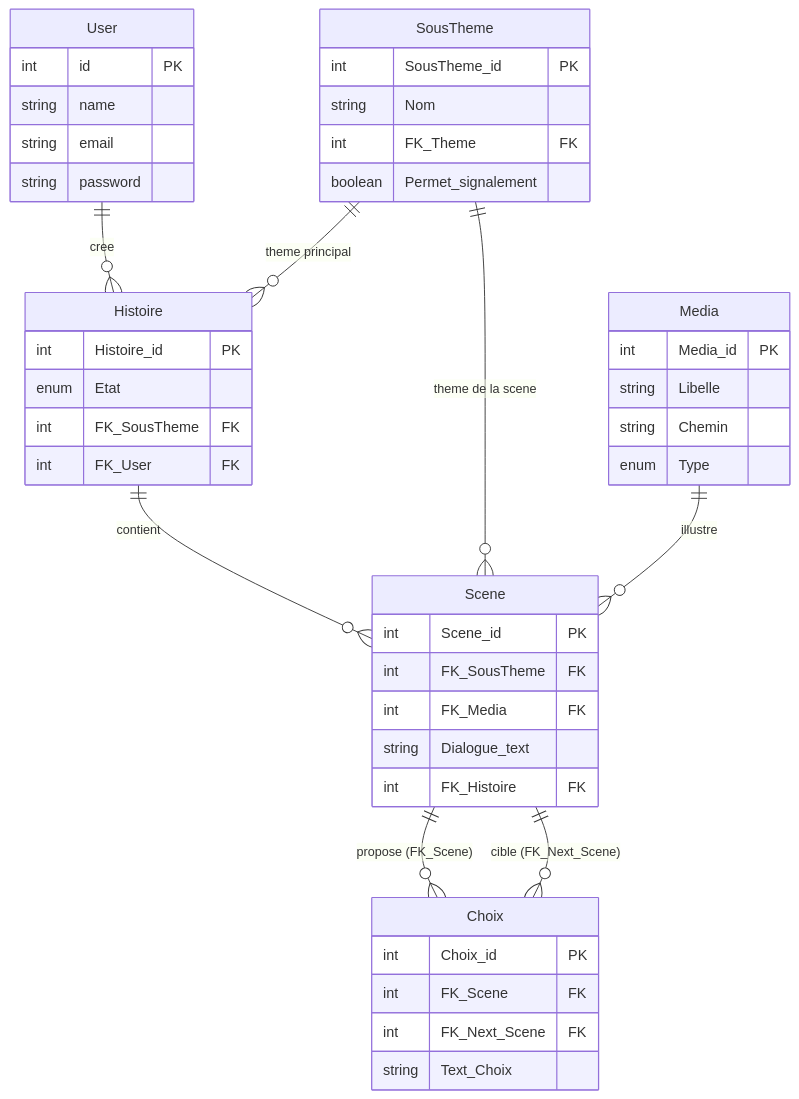
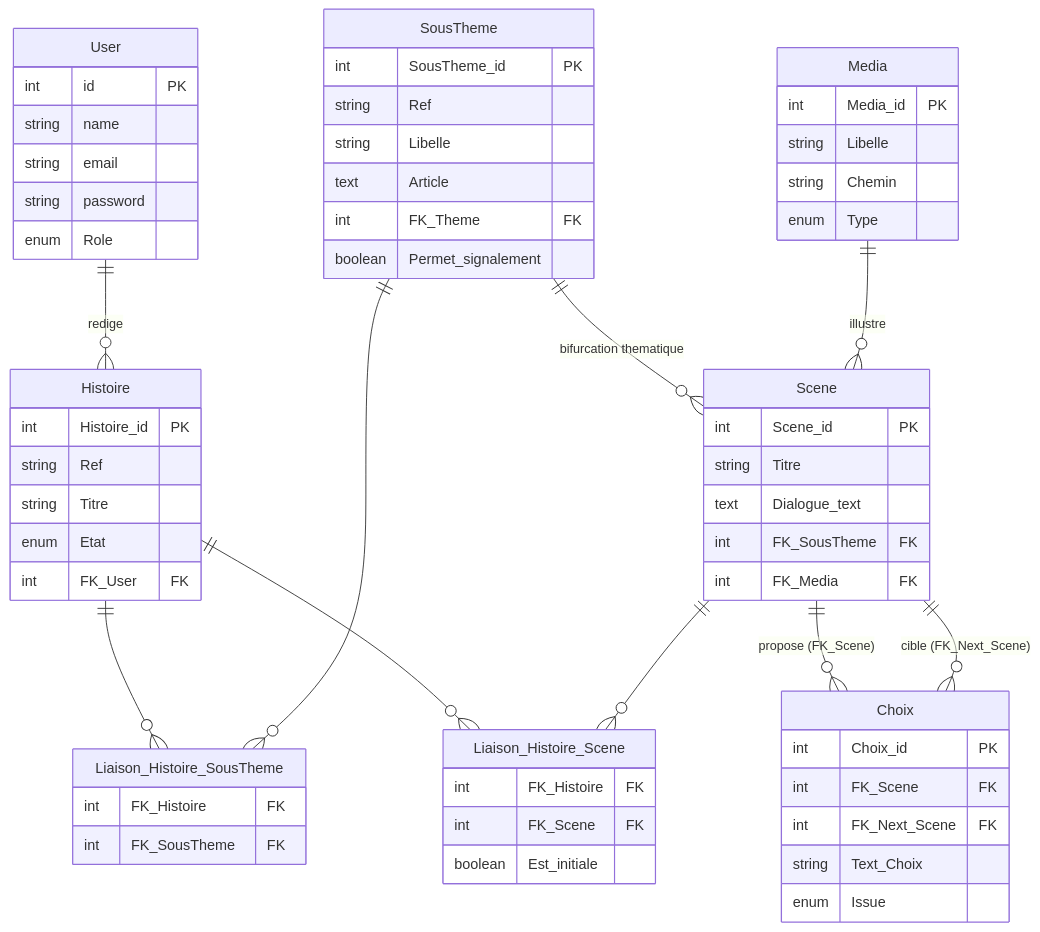
The third of 4 diagrams in docs/schema_bd.md (S-T-L/Safe-Campus-back), drawn with Mermaid before and after one commit. The commit also changed other lines of this file, not shown here.

````diff
--- a/docs/schema_bd.md
+++ b/docs/schema_bd.md
@@ -168,53 +282,71 @@
 ```mermaid
 erDiagram
     SousTheme {
-        int     SousTheme_id        PK
-        string  Nom
-        int     FK_Theme            FK
+        int     SousTheme_id       PK
+        string  Ref
+        string  Libelle
+        text    Article
+        int     FK_Theme           FK
         boolean Permet_signalement
     }
 
     User {
         int    id       PK
         string name
         string email
         string password
+        enum   Role
     }
 
     Media {
         int    Media_id PK
         string Libelle
         string Chemin
         enum   Type
     }
 
     Histoire {
-        int  Histoire_id  PK
-        enum Etat
-        int  FK_SousTheme FK
-        int  FK_User      FK
+        int    Histoire_id PK
+        string Ref
+        string Titre
+        enum   Etat
+        int    FK_User     FK
     }
 
     Scene {
         int    Scene_id      PK
+        string Titre
+        text   Dialogue_text
         int    FK_SousTheme  FK
         int    FK_Media      FK
-        string Dialogue_text
-        int    FK_Histoire   FK
     }
 
     Choix {
         int    Choix_id      PK
         int    FK_Scene      FK
         int    FK_Next_Scene FK
         string Text_Choix
+        enum   Issue
     }
 
-    User      ||--o{ Histoire : "cree"
-    SousTheme ||--o{ Histoire : "theme principal"
-    Histoire  ||--o{ Scene    : "contient"
-    SousTheme ||--o{ Scene    : "theme de la scene"
-    Media     ||--o{ Scene    : "illustre"
-    Scene     ||--o{ Choix    : "propose (FK_Scene)"
-    Scene     ||--o{ Choix    : "cible (FK_Next_Scene)"
+    Liaison_Histoire_SousTheme {
+        int FK_Histoire  FK
+        int FK_SousTheme FK
+    }
+
+    Liaison_Histoire_Scene {
+        int     FK_Histoire  FK
+        int     FK_Scene     FK
+        boolean Est_initiale
+    }
+
+    User      ||--o{ Histoire                   : "redige"
+    Histoire  ||--o{ Liaison_Histoire_SousTheme : ""
+    SousTheme ||--o{ Liaison_Histoire_SousTheme : ""
+    Histoire  ||--o{ Liaison_Histoire_Scene     : ""
+    Scene     ||--o{ Liaison_Histoire_Scene     : ""
+    SousTheme ||--o{ Scene                      : "bifurcation thematique"
+    Media     ||--o{ Scene                      : "illustre"
+    Scene     ||--o{ Choix                      : "propose (FK_Scene)"
+    Scene     ||--o{ Choix                      : "cible (FK_Next_Scene)"
 ```
````
